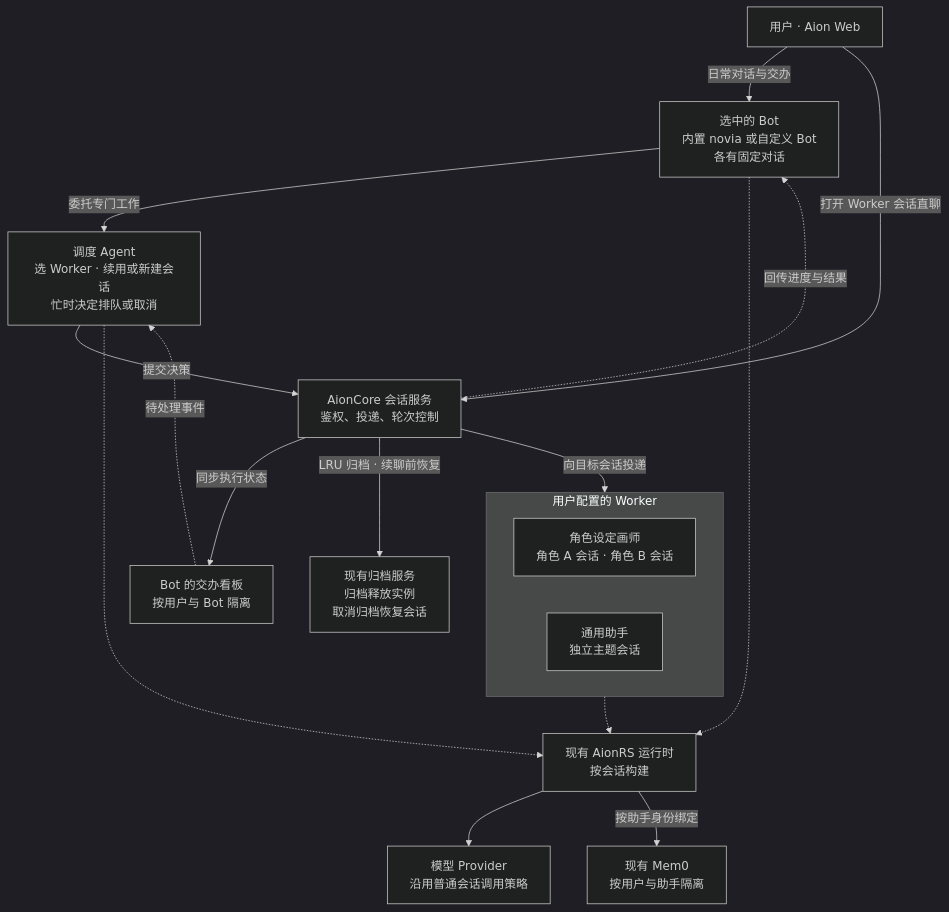
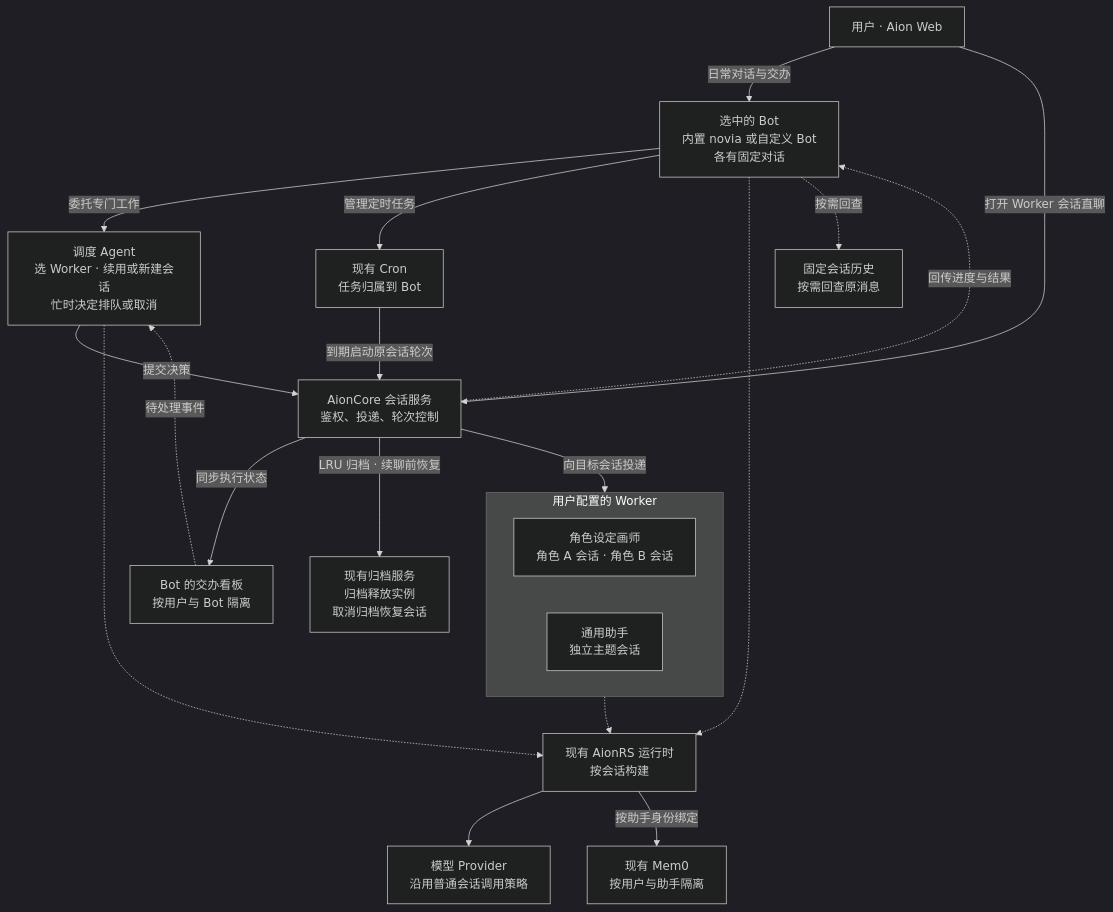
The diagram in docs/assistant-worker-dispatch-prd.md (hoholidayx/Aion), drawn with Mermaid (dark theme) before and after one commit. The commit also changed other lines of this file, not shown here.

Commit message:
docs: make Bot scheduling and memory first-release requirements

````diff
--- a/docs/assistant-worker-dispatch-prd.md
+++ b/docs/assistant-worker-dispatch-prd.md
@@ -23,33 +23,38 @@
 ```mermaid
 flowchart TB
     User["用户 · Aion Web"]
     Bot["选中的 Bot<br/>内置 novia 或自定义 Bot<br/>各有固定对话"]
     Dispatch["调度 Agent<br/>选 Worker · 续用或新建会话<br/>忙时决定排队或取消"]
     Sessions["AionCore 会话服务<br/>鉴权、投递、轮次控制"]
+    Cron["现有 Cron<br/>任务归属到 Bot"]
     Board["Bot 的交办看板<br/>按用户与 Bot 隔离"]
     Archive["现有归档服务<br/>归档释放实例<br/>取消归档恢复会话"]
     Runtime["现有 AionRS 运行时<br/>按会话构建"]
     Provider["模型 Provider<br/>沿用普通会话调用策略"]
     Memory["现有 Mem0<br/>按用户与助手隔离"]
+    History["固定会话历史<br/>按需回查原消息"]
 
     subgraph Workers["用户配置的 Worker"]
         direction LR
         Artist["角色设定画师<br/>角色 A 会话 · 角色 B 会话"]
         General["通用助手<br/>独立主题会话"]
     end
 
     User -->|日常对话与交办| Bot
     User -->|打开 Worker 会话直聊| Sessions
     Bot -->|委托专门工作| Dispatch
+    Bot -->|管理定时任务| Cron
+    Cron -->|到期启动原会话轮次| Sessions
     Dispatch -->|提交决策| Sessions
     Sessions -.->|回传进度与结果| Bot
     Sessions -->|同步执行状态| Board
     Board -.->|待处理事件| Dispatch
     Sessions -->|向目标会话投递| Workers
     Sessions -->|LRU 归档 · 续聊前恢复| Archive
     Bot -.-> Runtime
     Dispatch -.-> Runtime
     Workers -.-> Runtime
     Runtime --> Provider
     Runtime -->|按助手身份绑定| Memory
+    Bot -.->|按需回查| History
 ```
````
